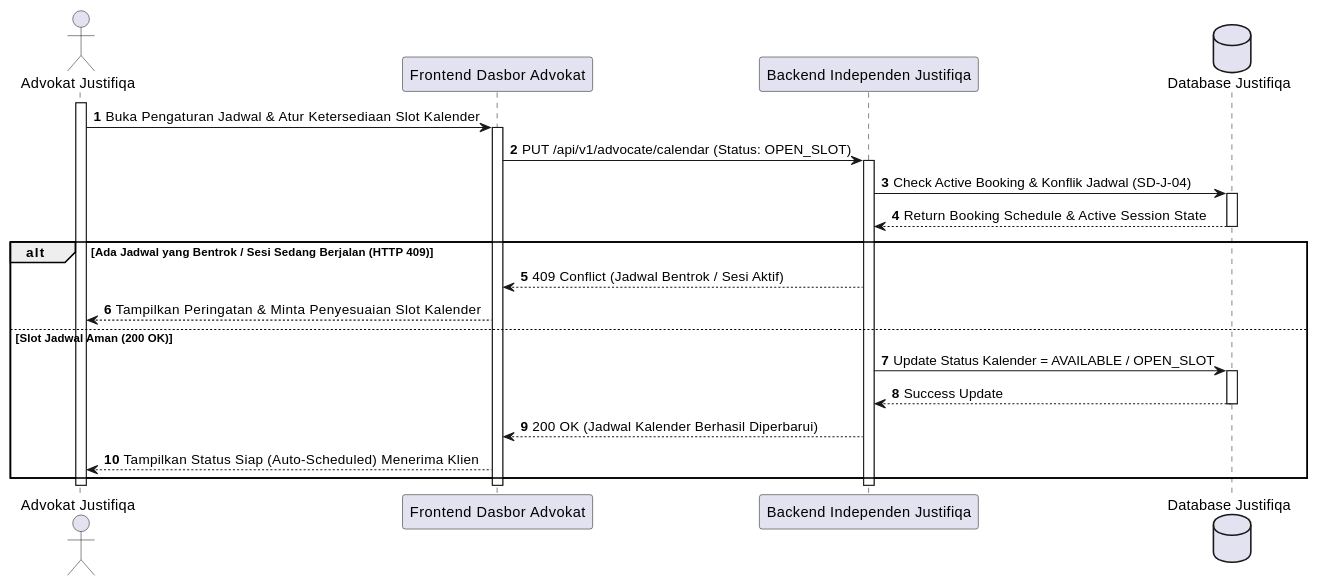
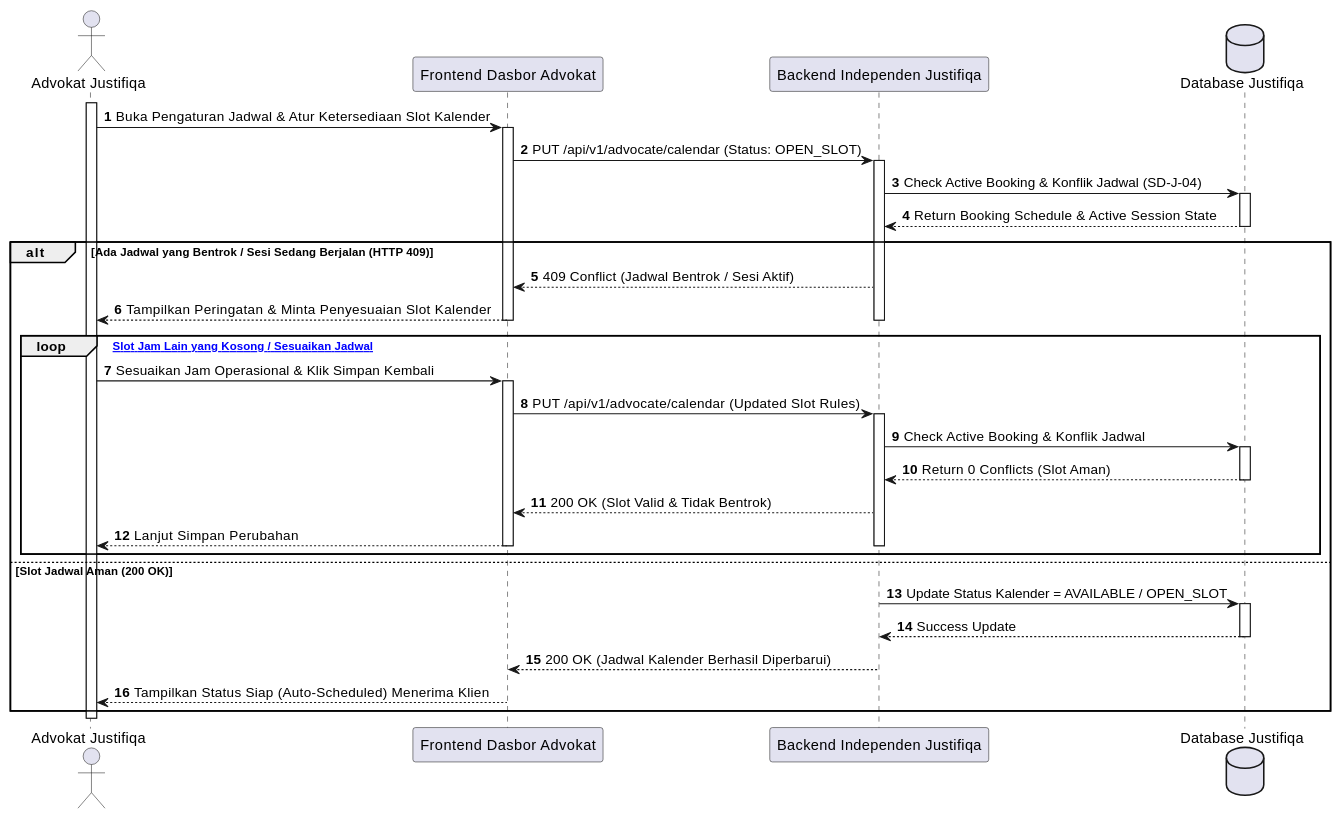
One commit to tupperwureism/SuperApp-Gagal changed the fourth of 27 diagrams in MarkDown/plantuml_sequence_diagrams.md. Above: the diagram before and after it, drawn with PlantUML. The commit also changed other lines of this file, not shown here.

Commit message:
fix(uml): ensure 100% loop and alt enclosure parity across all 11 sequence diagrams

````diff
--- a/MarkDown/plantuml_sequence_diagrams.md
+++ b/MarkDown/plantuml_sequence_diagrams.md
@@ -238,29 +251,42 @@
 ```plantuml
 @startuml
 autonumber
 actor "Advokat Justifiqa" as Mitra
 participant "Frontend Dasbor Advokat" as FE
 participant "Backend Independen Justifiqa" as BE
 database "Database Justifiqa" as DB
 
 activate Mitra
 Mitra -> FE ++ : Buka Pengaturan Jadwal & Atur Ketersediaan Slot Kalender
 FE -> BE ++ : PUT /api/v1/advocate/calendar (Status: OPEN_SLOT)
 
 BE -> DB ++ : Check Active Booking & Konflik Jadwal (SD-J-04)
 DB --> BE -- : Return Booking Schedule & Active Session State
 
 alt Ada Jadwal yang Bentrok / Sesi Sedang Berjalan (HTTP 409)
     BE --> FE : 409 Conflict (Jadwal Bentrok / Sesi Aktif)
     FE --> Mitra : Tampilkan Peringatan & Minta Penyesuaian Slot Kalender
+    deactivate BE
+    deactivate FE
+    
+    loop [Pilih Slot Jam Lain yang Kosong / Sesuaikan Jadwal]
+        Mitra -> FE ++ : Sesuaikan Jam Operasional & Klik Simpan Kembali
+        FE -> BE ++ : PUT /api/v1/advocate/calendar (Updated Slot Rules)
+        BE -> DB ++ : Check Active Booking & Konflik Jadwal
+        DB --> BE -- : Return 0 Conflicts (Slot Aman)
+        BE --> FE : 200 OK (Slot Valid & Tidak Bentrok)
+        FE --> Mitra : Lanjut Simpan Perubahan
+        deactivate BE
+        deactivate FE
+    end
 else Slot Jadwal Aman (200 OK)
     BE -> DB ++ : Update Status Kalender = AVAILABLE / OPEN_SLOT
     DB --> BE -- : Success Update
     BE --> FE : 200 OK (Jadwal Kalender Berhasil Diperbarui)
     FE --> Mitra : Tampilkan Status Siap (Auto-Scheduled) Menerima Klien
 end
 deactivate BE
 deactivate FE
 deactivate Mitra
 @enduml
 ```
````
